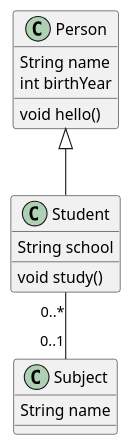
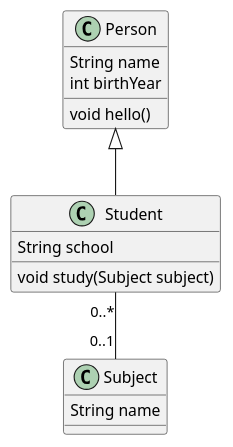
The second of 2 diagrams in oop/practice3.md (lyhcode/oosad), drawn with PlantUML before and after one commit. The commit also changed 3 other files, not shown here.

Commit message:
update uml content

````diff
--- a/oop/practice3.md
+++ b/oop/practice3.md
@@ -21,21 +21,21 @@
 ```uml
 @startuml
 Class Person {
     String name
     int birthYear
     void hello()
 }
 
 Class Student {
     String school
-    void study()
+    void study(Subject subject)
 }
 
 Class Subject {
     String name
 }
 
 Person <|-- Student
 Student "0..*" -- "0..1" Subject
 @enduml
 ```
````
